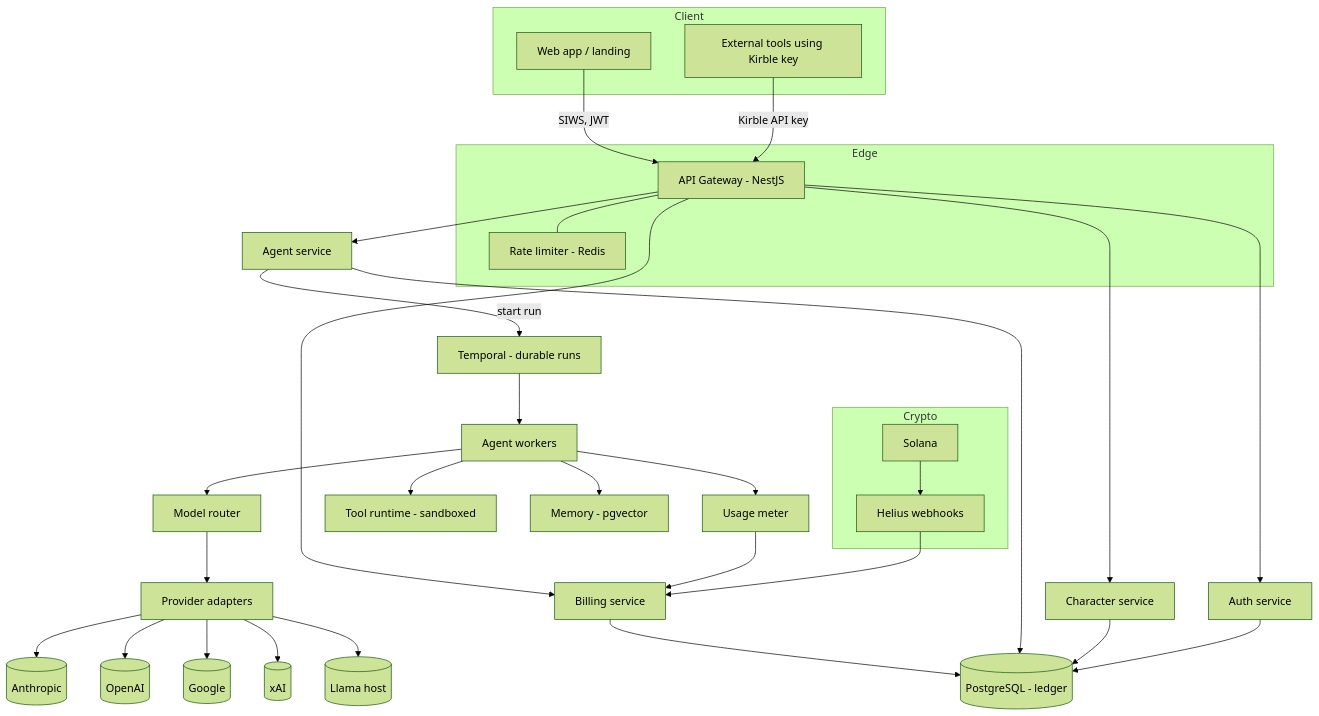
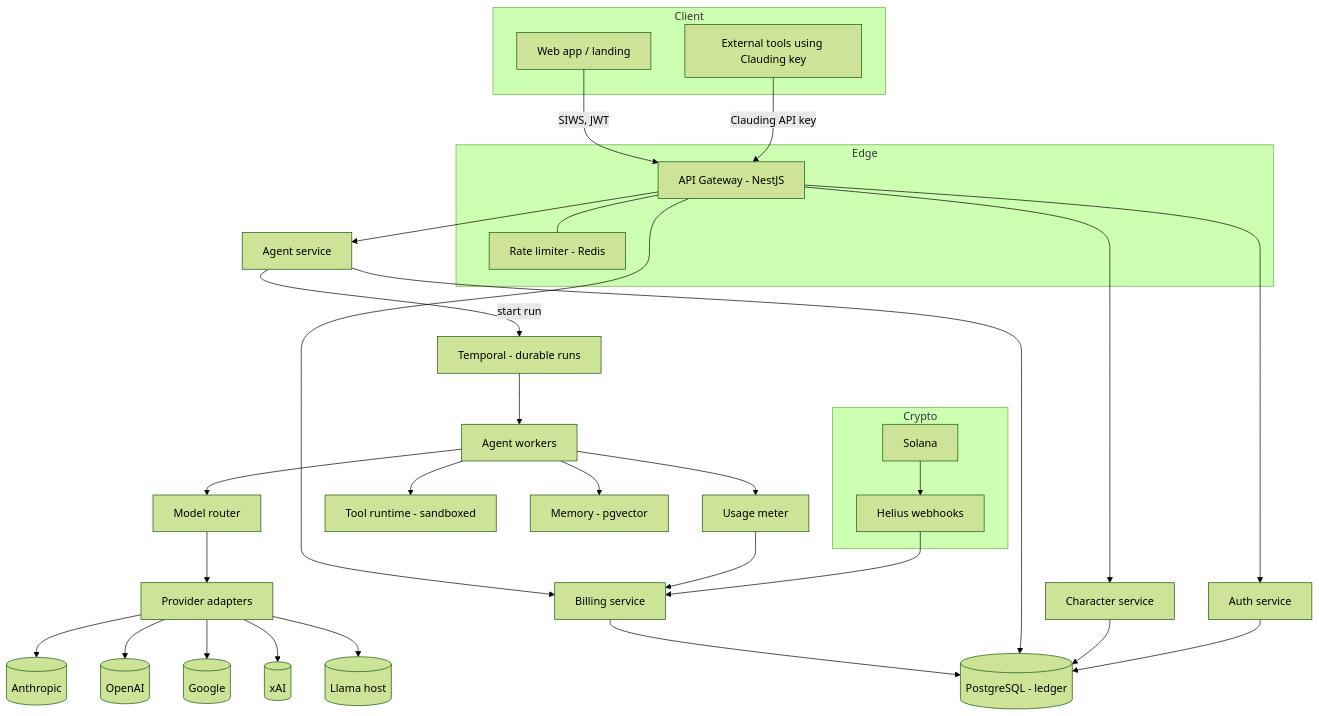
The first of 4 diagrams in docs/KIRBLE_BACKEND_DEV_BRIEF.md (bimoadis/Clauding), drawn with Mermaid (forest theme) before and after one commit. The commit also changed other lines of this file and 45 other files, not shown here.

````diff
--- a/docs/KIRBLE_BACKEND_DEV_BRIEF.md
+++ b/docs/KIRBLE_BACKEND_DEV_BRIEF.md
@@ -67,49 +67,49 @@
 ```mermaid
 flowchart TB
   subgraph Client
     Web[Web app / landing]
-    Ext[External tools using Kirble key]
+    Ext[External tools using Clauding key]
   end
 
   Web -->|SIWS, JWT| GW
-  Ext -->|Kirble API key| GW
+  Ext -->|Clauding API key| GW
 
   subgraph Edge
     GW[API Gateway - NestJS]
     RL[Rate limiter - Redis]
     GW --- RL
   end
 
   GW --> AGSVC[Agent service]
   GW --> CHSVC[Character service]
   GW --> BILL[Billing service]
   GW --> AUTH[Auth service]
 
   AGSVC -->|start run| TEMPORAL[Temporal - durable runs]
   TEMPORAL --> WORKER[Agent workers]
 
   WORKER --> ROUTER[Model router]
   ROUTER --> ADP[Provider adapters]
   ADP --> Claude[(Anthropic)]
   ADP --> OpenAI[(OpenAI)]
   ADP --> Gemini[(Google)]
   ADP --> XAI[(xAI)]
   ADP --> Llama[(Llama host)]
 
   WORKER --> TOOLS[Tool runtime - sandboxed]
   WORKER --> MEM[Memory - pgvector]
 
   WORKER --> METER[Usage meter]
   METER --> BILL
   BILL --> PG[(PostgreSQL - ledger)]
 
   AGSVC --> PG
   CHSVC --> PG
   AUTH --> PG
 
   subgraph Crypto
     CHAIN[Solana]
     HELIUS[Helius webhooks]
   end
   CHAIN --> HELIUS --> BILL
 ```
````
